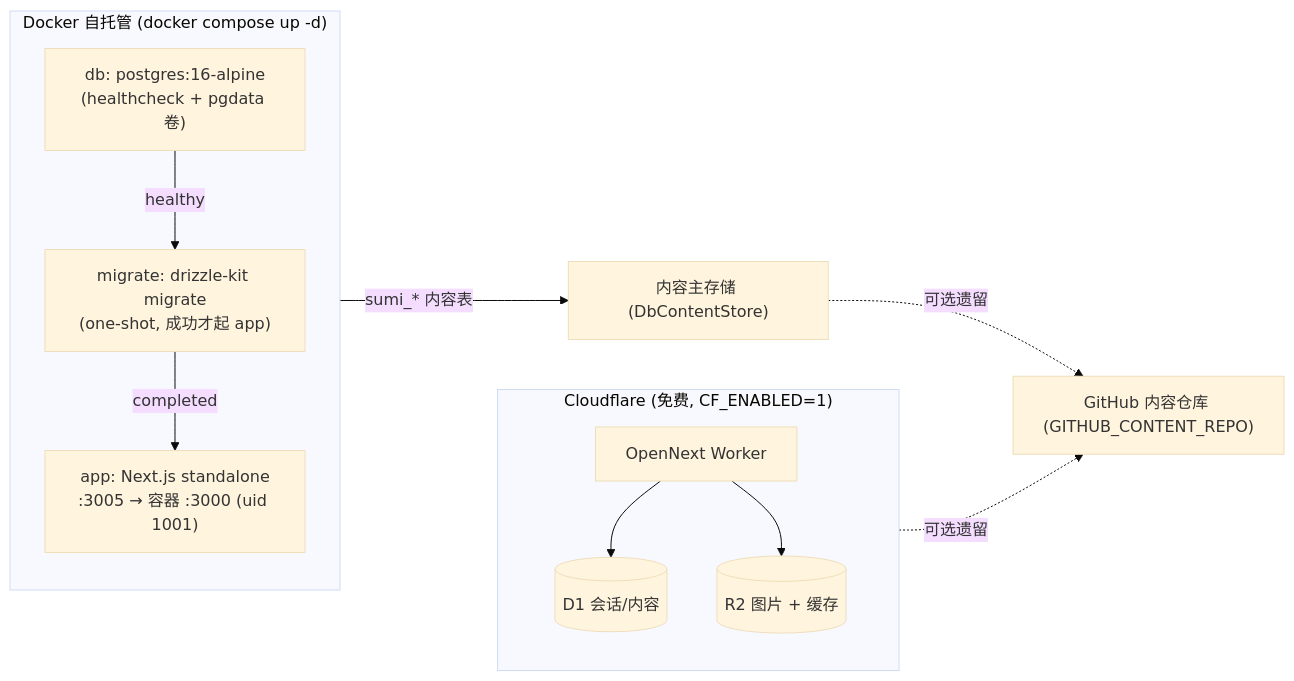
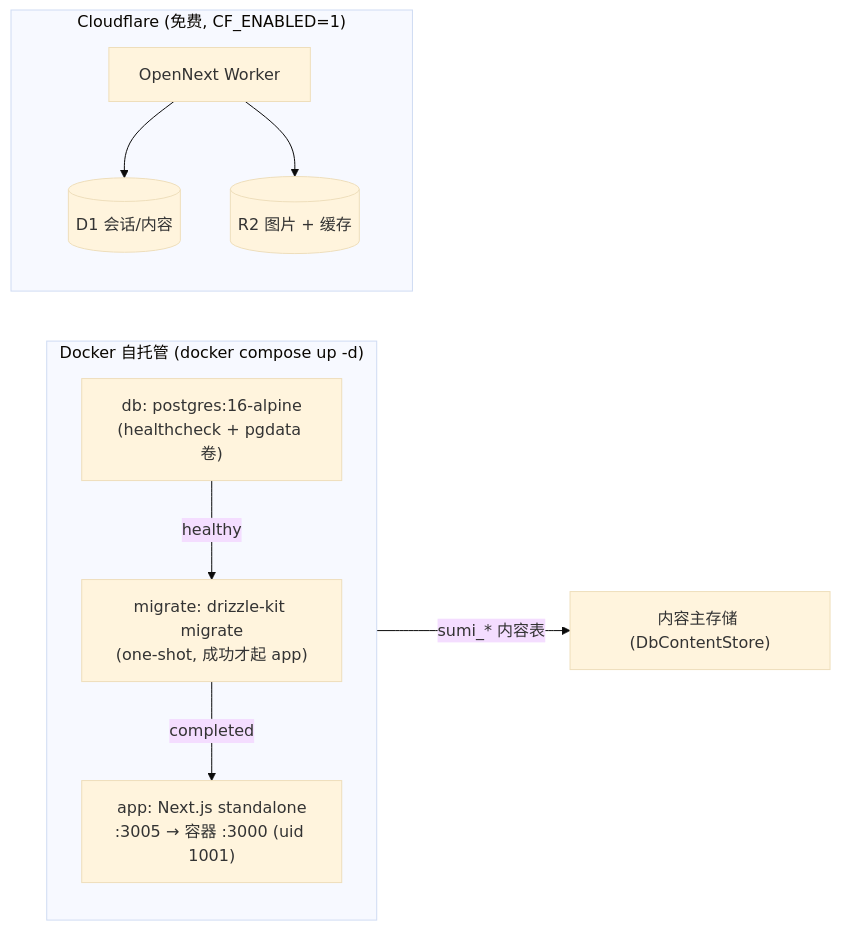
The tenth of 12 diagrams in docs/ARCHITECTURE.md (fuyucn/sumi), drawn with Mermaid (base theme) before and after one commit. The commit also changed other lines of this file and 167 other files, not shown here.

Commit message:
docs: sumi architecture article with generated diagrams, published via remote MCP

````diff
--- a/docs/ARCHITECTURE.md
+++ b/docs/ARCHITECTURE.md
@@ -374,24 +347,22 @@
 ```mermaid
 flowchart LR
     subgraph Local["Docker 自托管 (docker compose up -d)"]
         direction TB
         DB["db: postgres:16-alpine<br/>(healthcheck + pgdata 卷)"]
         MIG["migrate: drizzle-kit migrate<br/>(one-shot, 成功才起 app)"]
         APP["app: Next.js standalone<br/>:3005 → 容器 :3000 (uid 1001)"]
         DB -->|healthy| MIG -->|completed| APP
     end
 
     DB -->|sumi_* 内容表| CONTENT["内容主存储 (DbContentStore)"]
 
     subgraph Cloud["Cloudflare (免费, CF_ENABLED=1)"]
         direction TB
         WAPP["OpenNext Worker"]
         D1[("D1 会话/内容")]
         R2[("R2 图片 + 缓存")]
         WAPP --> D1
         WAPP --> R2
     end
 
-    CONTENT -.->|可选遗留| GHRepo["GitHub 内容仓库 (GITHUB_CONTENT_REPO)"]
-    Cloud -.->|可选遗留| GHRepo
 ```
````
